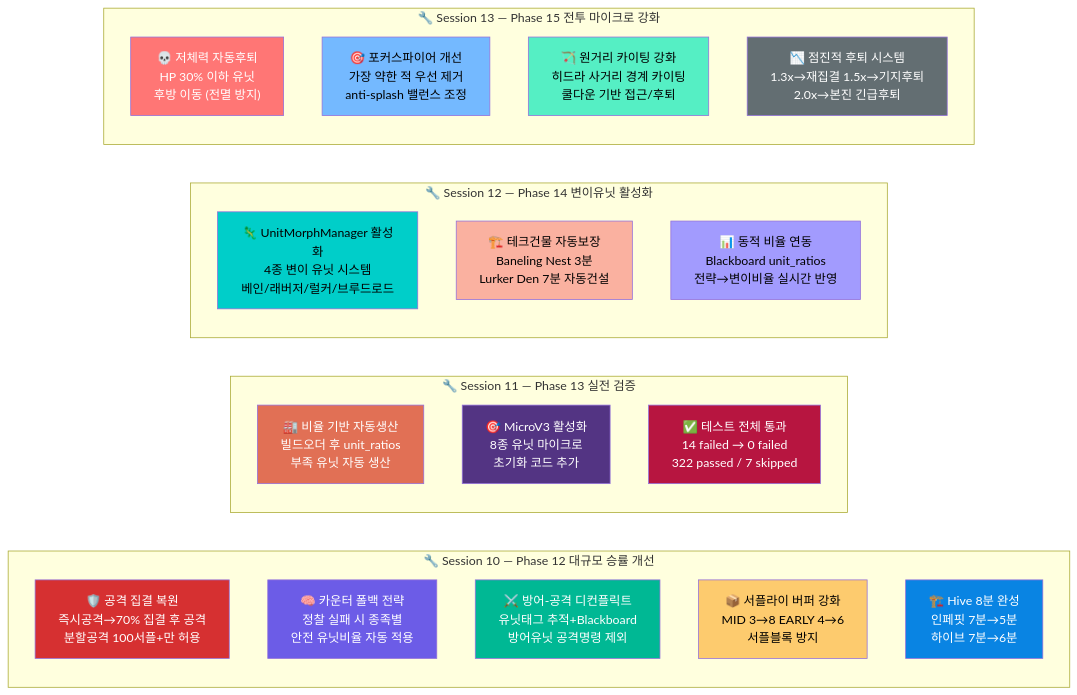
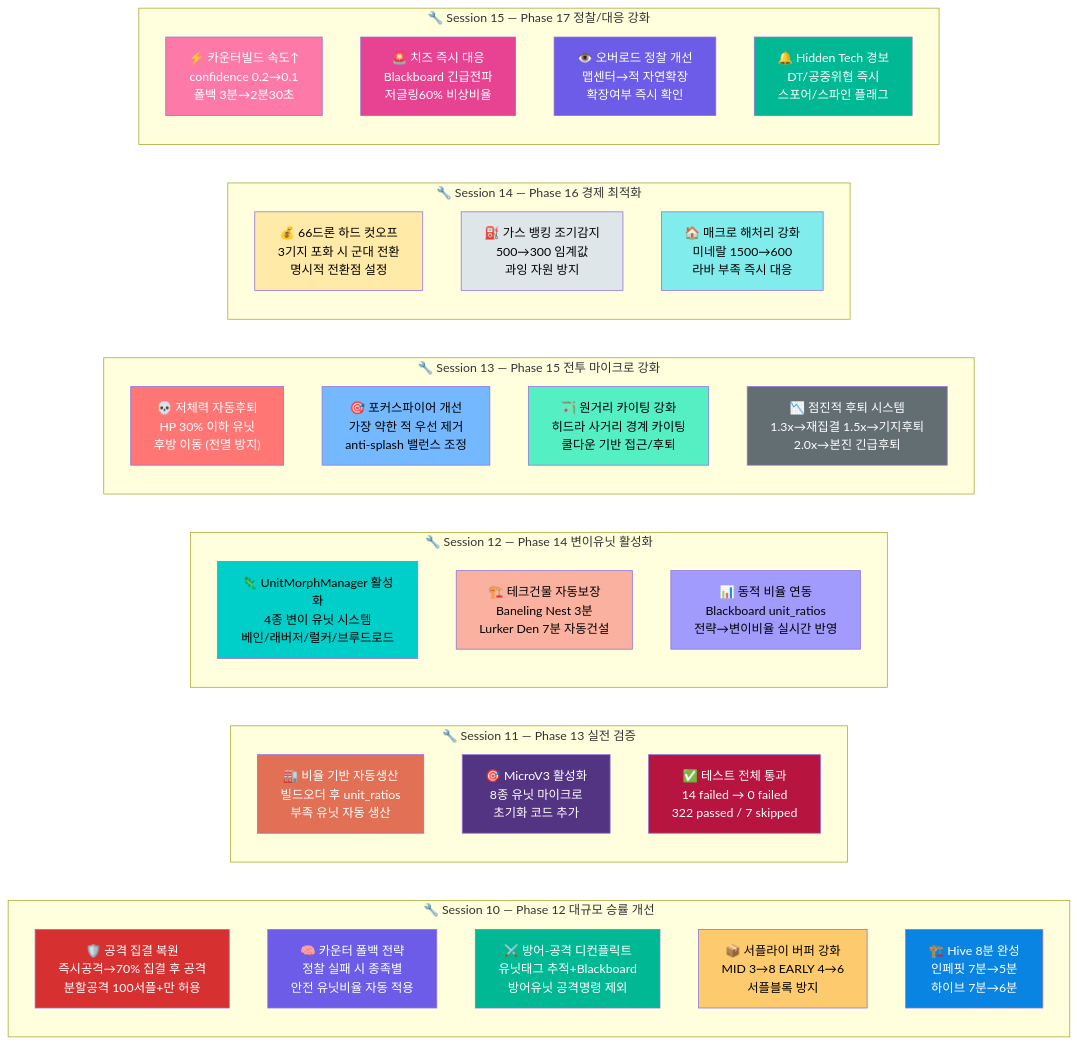
Diagram 31 of 31 in README.md (sun475300-sudo/Swarm-control-in-sc2bot), drawn with Mermaid before and after one commit. The commit also changed other lines of this file and 3 other files, not shown here.

First line of the commit message:
feat: Phase 17 정찰/대응 강화 — 카운터빌드 속도↑ + 치즈즉시대응 + 오버로드정찰

````diff
--- a/README.md
+++ b/README.md
@@ -860,49 +862,82 @@
 ```mermaid
 graph LR
     subgraph "🔧 Session 10 — Phase 12 대규모 승률 개선"
         direction TB
         FIX1["🛡️ 공격 집결 복원<br/>즉시공격→70% 집결 후 공격<br/>분할공격 100서플+만 허용"]
         FIX2["🧠 카운터 폴백 전략<br/>정찰 실패 시 종족별<br/>안전 유닛비율 자동 적용"]
         FIX3["⚔️ 방어-공격 디컨플릭트<br/>유닛태그 추적+Blackboard<br/>방어유닛 공격명령 제외"]
         FIX4["📦 서플라이 버퍼 강화<br/>MID 3→8 EARLY 4→6<br/>서플블록 방지"]
         FIX5["🏗️ Hive 8분 완성<br/>인페핏 7분→5분<br/>하이브 7분→6분"]
     end
 
     subgraph "🔧 Session 11 — Phase 13 실전 검증"
         direction TB
         FIX6["🏭 비율 기반 자동생산<br/>빌드오더 후 unit_ratios<br/>부족 유닛 자동 생산"]
         FIX7["🎯 MicroV3 활성화<br/>8종 유닛 마이크로<br/>초기화 코드 추가"]
         FIX8["✅ 테스트 전체 통과<br/>14 failed → 0 failed<br/>322 passed / 7 skipped"]
     end
 
     subgraph "🔧 Session 12 — Phase 14 변이유닛 활성화"
         direction TB
         FIX9["🦎 UnitMorphManager 활성화<br/>4종 변이 유닛 시스템<br/>베인/래버저/럴커/브루드로드"]
         FIX10["🏗️ 테크건물 자동보장<br/>Baneling Nest 3분<br/>Lurker Den 7분 자동건설"]
         FIX11["📊 동적 비율 연동<br/>Blackboard unit_ratios<br/>전략→변이비율 실시간 반영"]
     end
 
     subgraph "🔧 Session 13 — Phase 15 전투 마이크로 강화"
         direction TB
         FIX12["💀 저체력 자동후퇴<br/>HP 30% 이하 유닛<br/>후방 이동 (전멸 방지)"]
         FIX13["🎯 포커스파이어 개선<br/>가장 약한 적 우선 제거<br/>anti-splash 밸런스 조정"]
         FIX14["🏹 원거리 카이팅 강화<br/>히드라 사거리 경계 카이팅<br/>쿨다운 기반 접근/후퇴"]
         FIX15["📉 점진적 후퇴 시스템<br/>1.3x→재집결 1.5x→기지후퇴<br/>2.0x→본진 긴급후퇴"]
     end
 
     style FIX1 fill:#d63031,color:#fff
     style FIX2 fill:#6c5ce7,color:#fff
     style FIX3 fill:#00b894,color:#fff
     style FIX4 fill:#fdcb6e,color:#000
     style FIX5 fill:#0984e3,color:#fff
     style FIX6 fill:#e17055,color:#fff
     style FIX7 fill:#533483,color:#fff
     style FIX8 fill:#b71540,color:#fff
     style FIX9 fill:#00cec9,color:#000
     style FIX10 fill:#fab1a0,color:#000
     style FIX11 fill:#a29bfe,color:#000
+    subgraph "🔧 Session 14 — Phase 16 경제 최적화"
+        direction TB
+        FIX16["💰 66드론 하드 컷오프<br/>3기지 포화 시 군대 전환<br/>명시적 전환점 설정"]
+        FIX17["⛽ 가스 뱅킹 조기감지<br/>500→300 임계값<br/>과잉 자원 방지"]
+        FIX18["🏠 매크로 해처리 강화<br/>미네랄 1500→600<br/>라바 부족 즉시 대응"]
+    end
+
+    subgraph "🔧 Session 15 — Phase 17 정찰/대응 강화"
+        direction TB
+        FIX19["⚡ 카운터빌드 속도↑<br/>confidence 0.2→0.1<br/>폴백 3분→2분30초"]
+        FIX20["🚨 치즈 즉시 대응<br/>Blackboard 긴급전파<br/>저글링60% 비상비율"]
+        FIX21["👁️ 오버로드 정찰 개선<br/>맵센터→적 자연확장<br/>확장여부 즉시 확인"]
+        FIX22["🔔 Hidden Tech 경보<br/>DT/공중위협 즉시<br/>스포어/스파인 플래그"]
+    end
+
+    style FIX1 fill:#d63031,color:#fff
+    style FIX2 fill:#6c5ce7,color:#fff
+    style FIX3 fill:#00b894,color:#fff
+    style FIX4 fill:#fdcb6e,color:#000
+    style FIX5 fill:#0984e3,color:#fff
+    style FIX6 fill:#e17055,color:#fff
+    style FIX7 fill:#533483,color:#fff
+    style FIX8 fill:#b71540,color:#fff
+    style FIX9 fill:#00cec9,color:#000
+    style FIX10 fill:#fab1a0,color:#000
+    style FIX11 fill:#a29bfe,color:#000
     style FIX12 fill:#ff7675,color:#fff
     style FIX13 fill:#74b9ff,color:#000
     style FIX14 fill:#55efc4,color:#000
     style FIX15 fill:#636e72,color:#fff
+    style FIX16 fill:#ffeaa7,color:#000
+    style FIX17 fill:#dfe6e9,color:#000
+    style FIX18 fill:#81ecec,color:#000
+    style FIX19 fill:#fd79a8,color:#fff
+    style FIX20 fill:#e84393,color:#fff
+    style FIX21 fill:#6c5ce7,color:#fff
+    style FIX22 fill:#00b894,color:#fff
 ```
````
